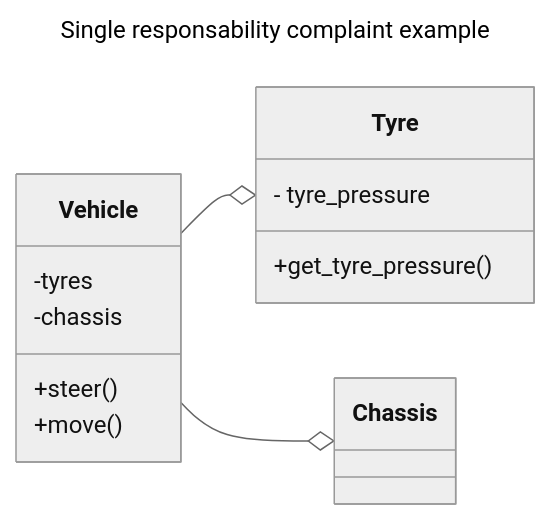
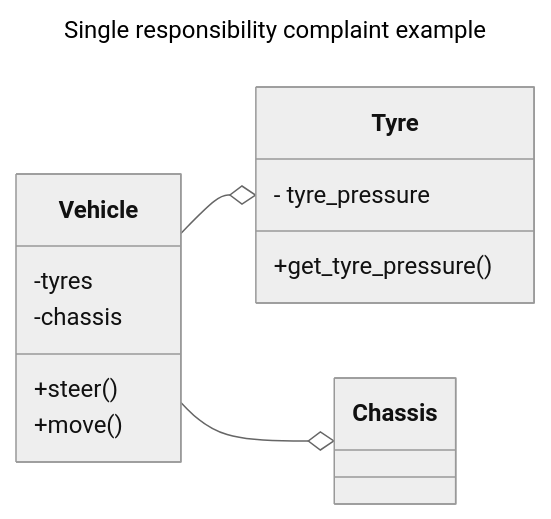
The second of 2 diagrams in SOLID/README.md (FedeFiumi/Design_Patterns_examples), drawn with Mermaid (neutral theme) before and after one commit. The commit also changed other lines of this file and 4 other files, not shown here.

````diff
--- a/SOLID/README.md
+++ b/SOLID/README.md
@@ -50,24 +50,24 @@
 ```mermaid
 ---
-title: Single responsability complaint example
+title: Single responsibility complaint example
 ---
   classDiagram
     direction LR
     class Vehicle{
       -tyres
       -chassis
       +steer()
       +move()
     }
 
     class Tyre{
       - tyre_pressure
       +get_tyre_pressure()
     }
 
     class Chassis{
     }
 
     Vehicle --o Tyre
     Vehicle --o Chassis
 ```
````
